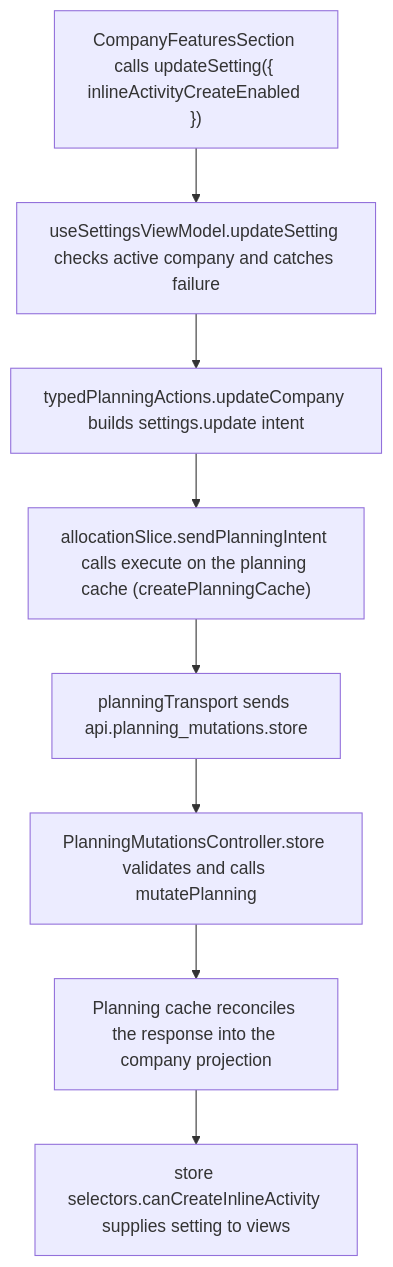
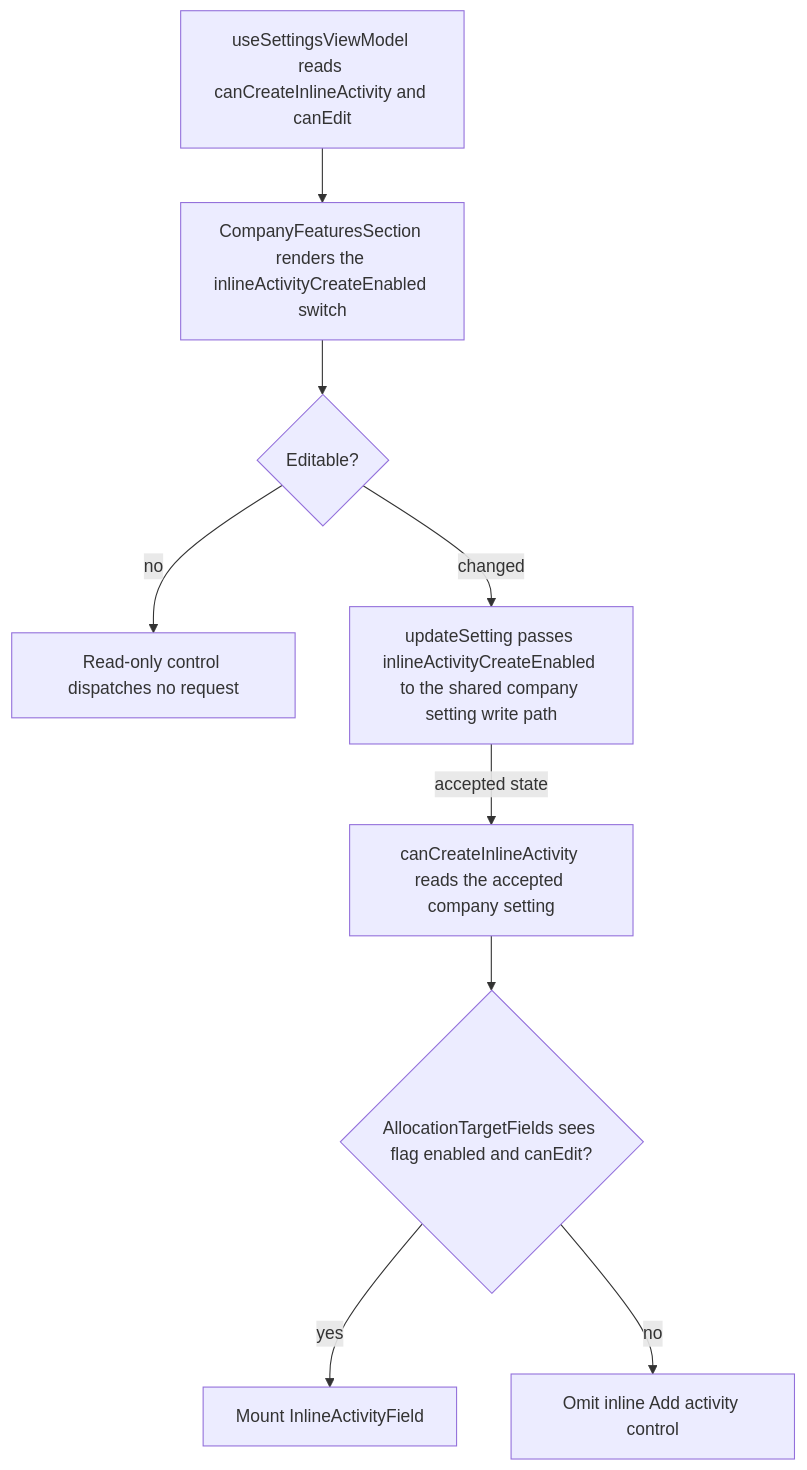
One commit to Kevinjohn/capacitylens changed the second of 2 diagrams in user-stories/settings/US-SET-23-inline-activity-creation.md. Above: the diagram before and after it, drawn with Mermaid. The commit also changed other lines of this file and 172 other files, not shown here.

Commit message:
docs: reconcile user story code flows with source

````diff
--- a/user-stories/settings/US-SET-23-inline-activity-creation.md
+++ b/user-stories/settings/US-SET-23-inline-activity-creation.md
@@ -29,10 +31,11 @@
 ```mermaid
 flowchart TD
-  control["CompanyFeaturesSection calls updateSetting({ inlineActivityCreateEnabled })"] --> view["useSettingsViewModel.updateSetting checks active company and catches failure"]
-  view --> action["typedPlanningActions.updateCompany builds settings.update intent"]
-  action --> execute["allocationSlice.sendPlanningIntent calls execute on the planning cache (createPlanningCache)"]
-  execute --> transport["planningTransport sends api.planning_mutations.store"]
-  transport --> route["PlanningMutationsController.store validates and calls mutatePlanning"]
-  route --> reply["Planning cache reconciles the response into the company projection"]
-  reply --> read["store selectors.canCreateInlineActivity supplies setting to views"]
+  flags["useSettingsViewModel reads canCreateInlineActivity and canEdit"] --> switch["CompanyFeaturesSection renders the inlineActivityCreateEnabled switch"]
+  switch --> access{"Editable?"}
+  access -->|no| disabled["Read-only control dispatches no request"]
+  access -->|changed| command["updateSetting passes inlineActivityCreateEnabled to the shared company setting write path"]
+  command -->|accepted state| saved["canCreateInlineActivity reads the accepted company setting"]
+  saved --> form{"AllocationTargetFields sees flag enabled and canEdit?"}
+  form -->|yes| show["Mount InlineActivityField"]
+  form -->|no| hide["Omit inline Add activity control"]
 ```
````
